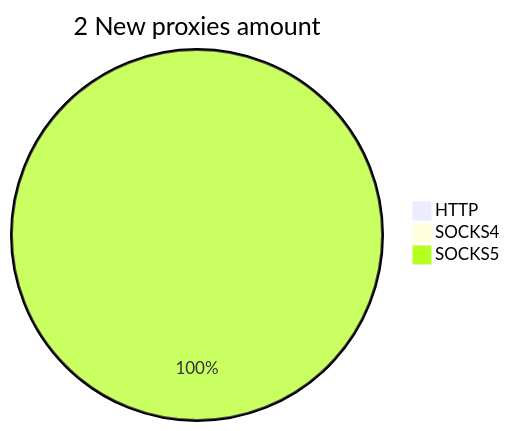
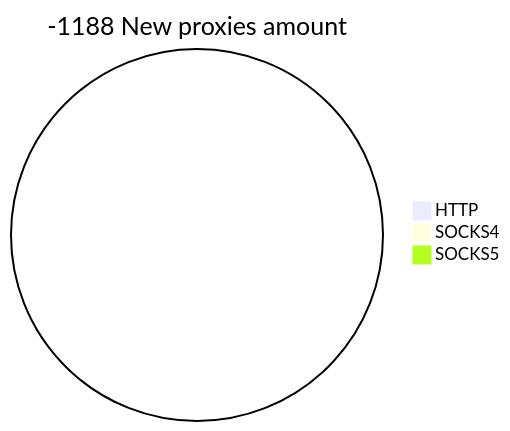
Before and after one commit to cutipu/proxylist: the second of 2 diagrams in README.md, drawn with Mermaid. The commit also changed other lines of this file, not shown here.

````diff
--- a/README.md
+++ b/README.md
@@ -10,6 +10,6 @@
 ```mermaid
-pie title 2 New proxies amount
+pie title -1188 New proxies amount
     "HTTP" : 0
     "SOCKS4" : 0
-    "SOCKS5" : 2
+    "SOCKS5" : 0
 ```
````
